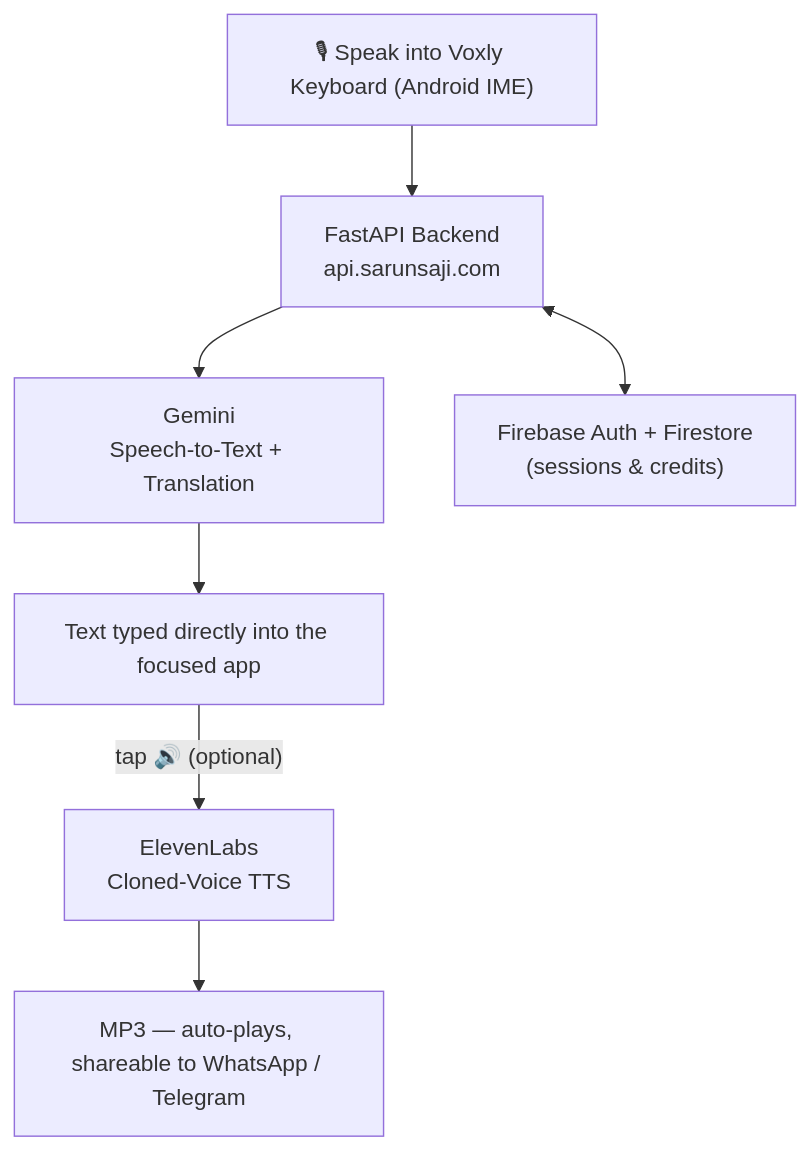
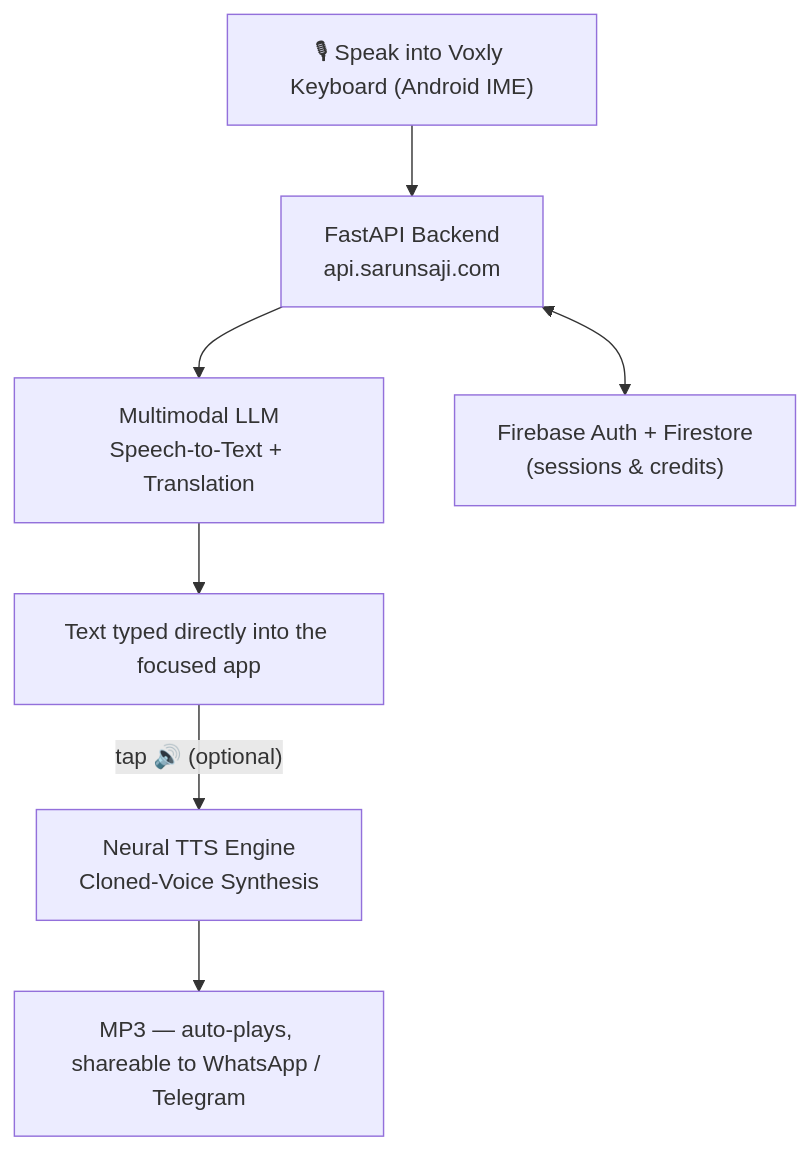
Before and after one commit to SarunSaji31/SarunSaji31: the first of 2 diagrams in README.md, drawn with Mermaid. The commit also changed other lines of this file, not shown here.

Commit message:
docs: use generic technical names in architecture diagrams

````diff
--- a/README.md
+++ b/README.md
@@ -26,9 +26,9 @@
 ```mermaid
 flowchart TD
     A["🎙 Speak into Voxly Keyboard (Android IME)"] --> B["FastAPI Backend<br/>api.sarunsaji.com"]
-    B --> C["Gemini<br/>Speech-to-Text + Translation"]
+    B --> C["Multimodal LLM<br/>Speech-to-Text + Translation"]
     C --> D["Text typed directly into the focused app"]
-    D -- "tap 🔊 (optional)" --> E["ElevenLabs<br/>Cloned-Voice TTS"]
+    D -- "tap 🔊 (optional)" --> E["Neural TTS Engine<br/>Cloned-Voice Synthesis"]
     E --> F["MP3 — auto-plays, shareable to WhatsApp / Telegram"]
     B <--> G["Firebase Auth + Firestore<br/>(sessions & credits)"]
 ```
````
